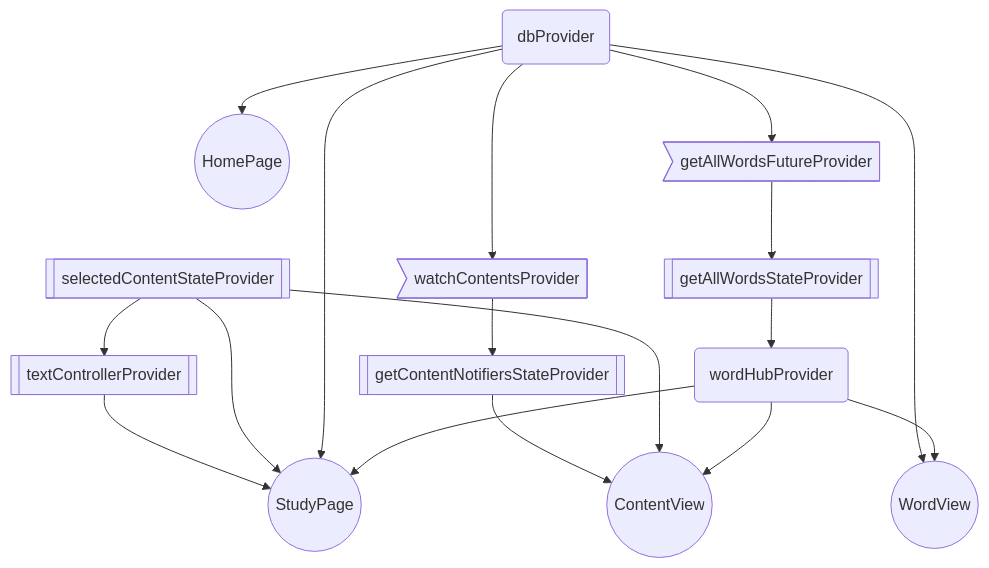
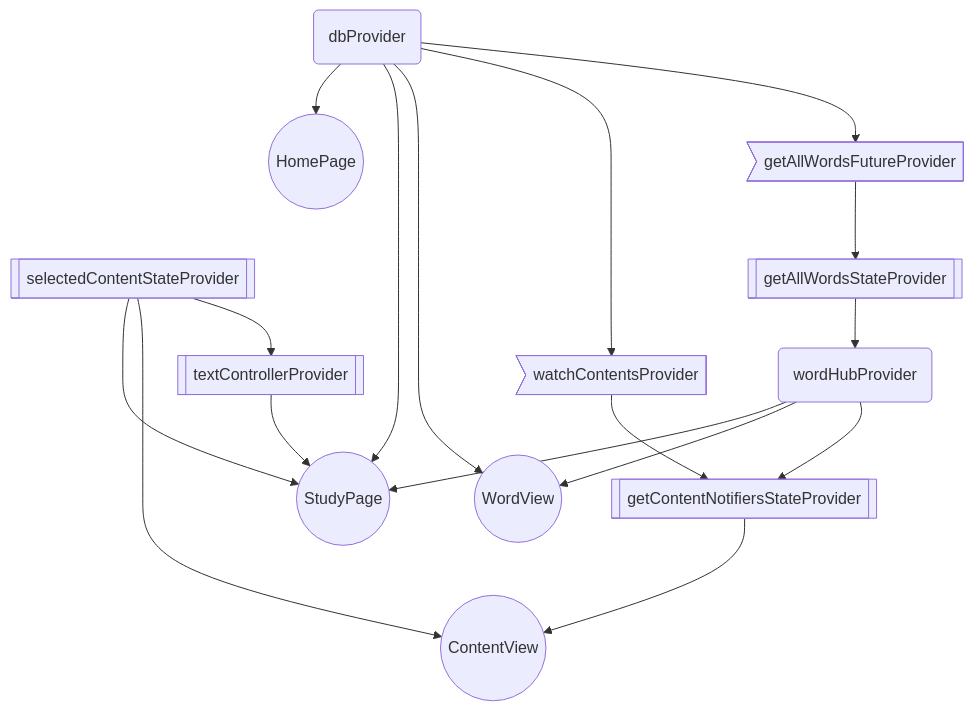
Before and after one commit to hpn33/landlearn: the diagram in riverpod_diagram.md, drawn with Mermaid. The commit also changed 1 other file, not shown here.

````diff
--- a/riverpod_diagram.md
+++ b/riverpod_diagram.md
@@ -2,37 +2,37 @@
 ```mermaid
 graph TD;
 
 
 10(dbProvider) --> 2((HomePage)) ;
 
 
 9(wordHubProvider) --> 4((StudyPage)) ;
 10(dbProvider) --> 4((StudyPage)) ;
 11[[selectedContentStateProvider]] --> 4((StudyPage)) ;
 12[[textControllerProvider]] --> 4((StudyPage)) ;
 
 
 
 9(wordHubProvider) --> 7((WordView)) ;
 10(dbProvider) --> 7((WordView)) ;
 
-9(wordHubProvider) --> 8((ContentView)) ;
 11[[selectedContentStateProvider]] --> 8((ContentView)) ;
 14[[getContentNotifiersStateProvider]] --> 8((ContentView)) ;
 
 16[[getAllWordsStateProvider]] --> 9(wordHubProvider) ;
 
 
 
 11[[selectedContentStateProvider]] --> 12[[textControllerProvider]] ;
 
 10(dbProvider) --> 13>watchContentsProvider] ;
 
+9(wordHubProvider) --> 14[[getContentNotifiersStateProvider]] ;
 13>watchContentsProvider] --> 14[[getContentNotifiersStateProvider]] ;
 
 10(dbProvider) --> 15>getAllWordsFutureProvider] ;
 
 15>getAllWordsFutureProvider] --> 16[[getAllWordsStateProvider]] ;
 
 
 ```
````
